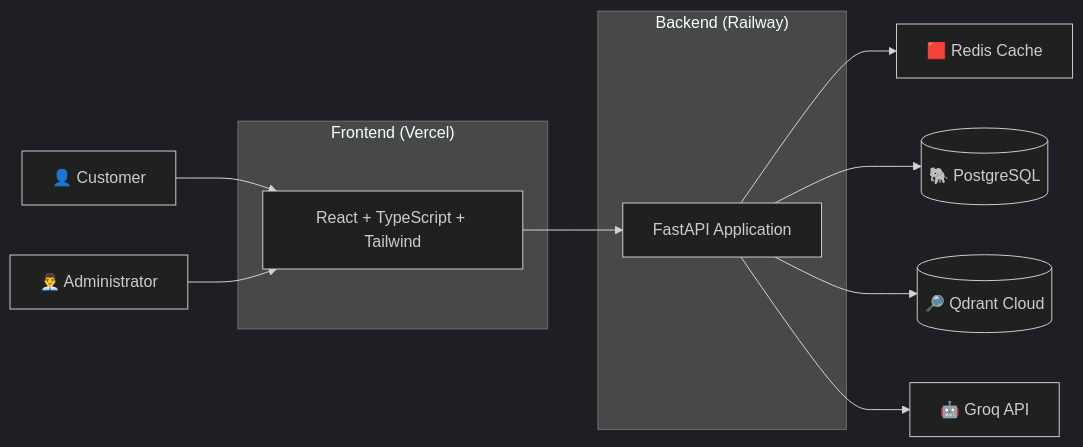
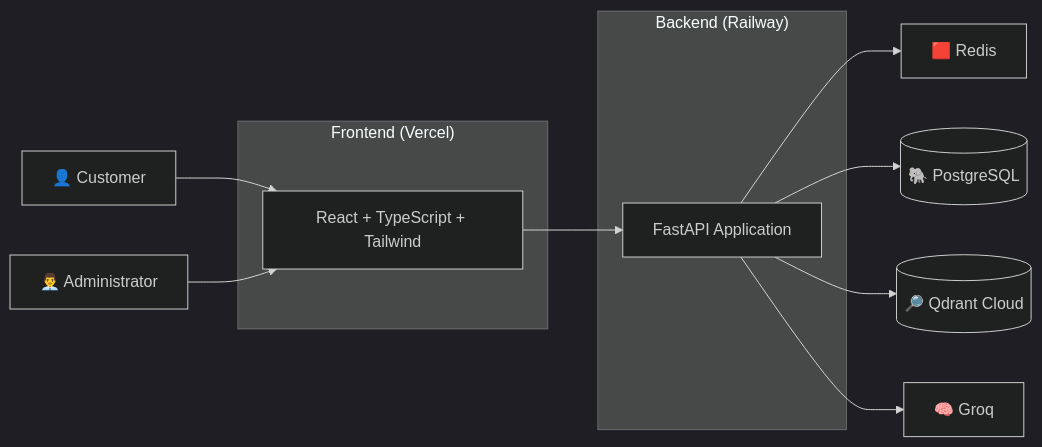
One commit to Prithunandananks/SupportAI changed the second of 30 diagrams in support_ai_project_architecture.md. Above: the diagram before and after it, drawn with Mermaid (dark theme). The commit also changed other lines of this file, not shown here.

````diff
--- a/support_ai_project_architecture.md
+++ b/support_ai_project_architecture.md
@@ -196,29 +633,41 @@
 ```mermaid
 flowchart LR
 
 Customer["👤 Customer"]
+
 Admin["👨‍💼 Administrator"]
 
 subgraph Frontend["Frontend (Vercel)"]
-    React["React + TypeScript + Tailwind"]
+
+React["React + TypeScript + Tailwind"]
+
 end
 
 subgraph Backend["Backend (Railway)"]
-    API["FastAPI Application"]
+
+FastAPI["FastAPI Application"]
+
 end
 
-Redis["🟥 Redis Cache"]
+Redis["🟥 Redis"]
+
 Postgres[("🐘 PostgreSQL")]
+
 Qdrant[("🔎 Qdrant Cloud")]
-Groq["🤖 Groq API"]
+
+Groq["🧠 Groq"]
 
 Customer --> React
+
 Admin --> React
 
-React --> API
+React --> FastAPI
 
-API --> Redis
-API --> Postgres
-API --> Qdrant
-API --> Groq
+FastAPI --> Redis
+
+FastAPI --> Postgres
+
+FastAPI --> Qdrant
+
+FastAPI --> Groq
 ```
````
